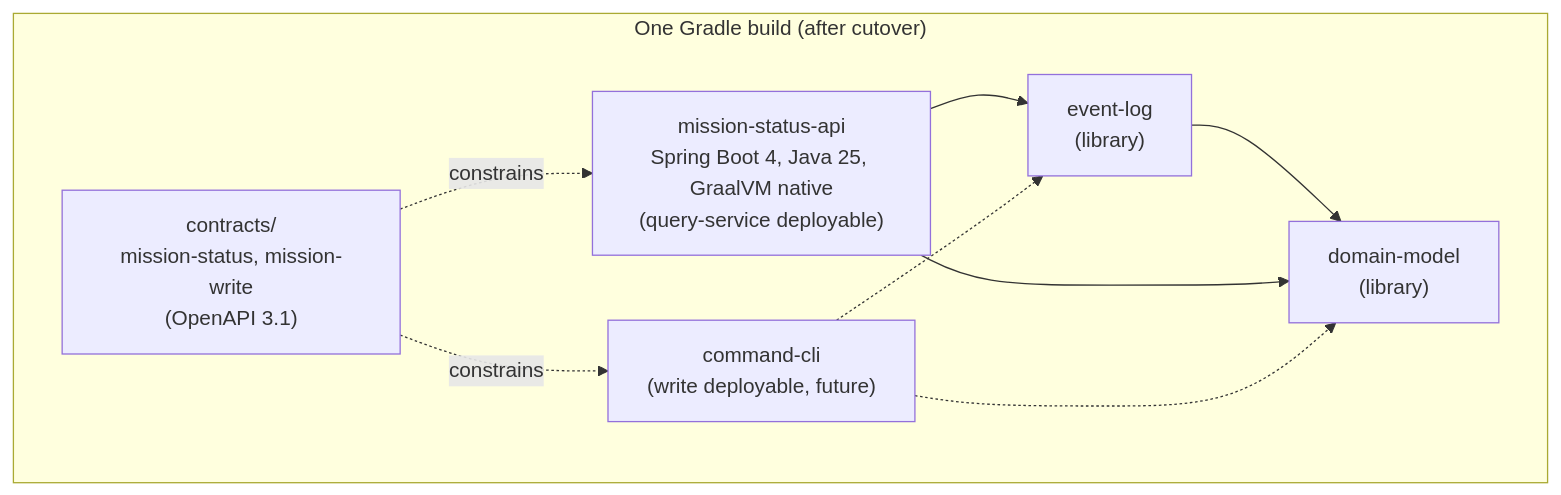
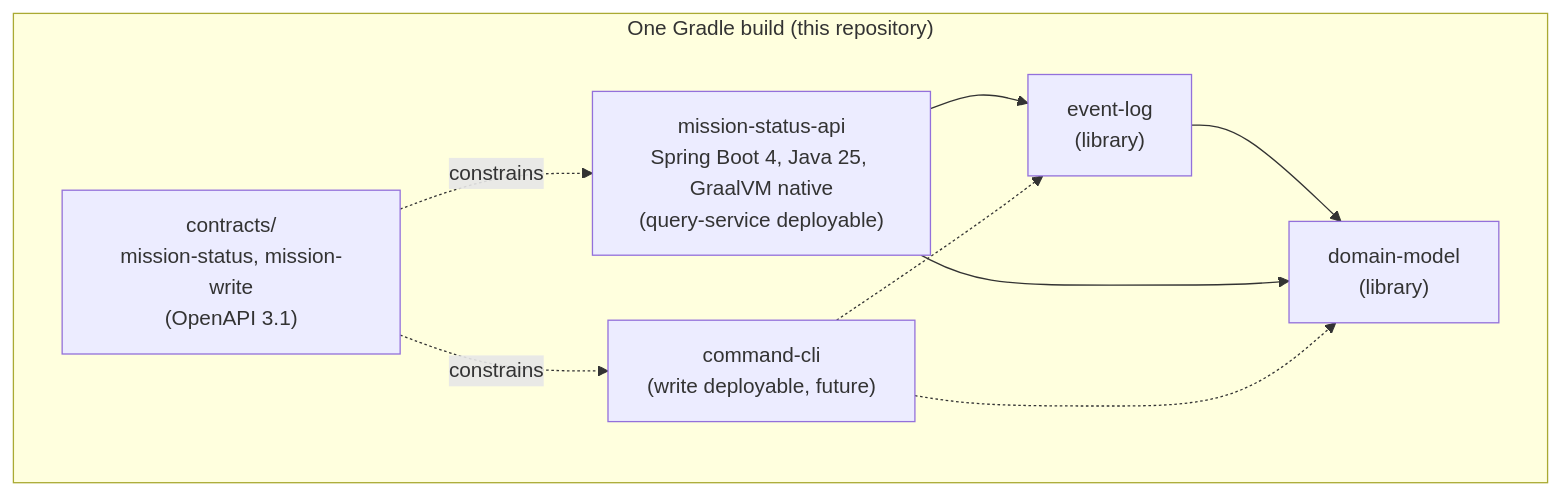
The second of 3 diagrams in docs/architecture/services/overview.md (spec-kitty/spec-kitty-events), drawn with Mermaid before and after one commit. The commit also changed other lines of this file and 10 other files, not shown here.

````diff
--- a/docs/architecture/services/overview.md
+++ b/docs/architecture/services/overview.md
@@ -71,16 +75,16 @@
 ```mermaid
 flowchart TB
-  subgraph build["One Gradle build (after cutover)"]
+  subgraph build["One Gradle build (this repository)"]
     contracts["contracts/<br/>mission-status, mission-write<br/>(OpenAPI 3.1)"]
     msa["mission-status-api<br/>Spring Boot 4, Java 25, GraalVM native<br/>(query-service deployable)"]
     cmd["command-cli<br/>(write deployable, future)"]
     dm["domain-model<br/>(library)"]
     el["event-log<br/>(library)"]
   end
   msa --> el --> dm
   msa --> dm
   cmd -.-> el
   cmd -.-> dm
   contracts -. constrains .-> msa
   contracts -. constrains .-> cmd
 ```
````
